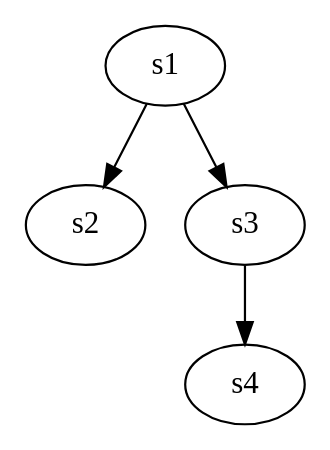
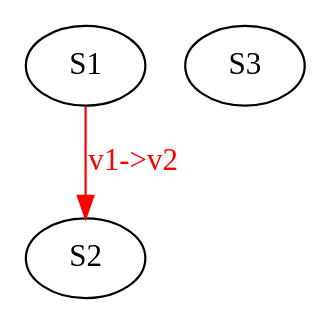
Before and after one commit to porya-gohary/sag-go: the diagram in out.dot, drawn with Graphviz. The commit also changed 6 other files, not shown here.

```diff
--- a/out.dot
+++ b/out.dot
@@ -1,12 +1,9 @@
 digraph {
 	graph [fontname=Ubuntu];
 	node [fontname=Ubuntu];
 	edge [fontname=Ubuntu];
-	s1[label=s1];
-	s2[label=s2];
-	s3[label=s3];
-	s4[label=s4];
-	s1 -> s2;
-	s1 -> s3;
-	s3 -> s4;
+	S2[label=S2];
+	S3[label=S3];
+	S1[label=S1];
+	S1 -> S2[label="v1->v2",color=Red,fontcolor=Red];
 }
```
